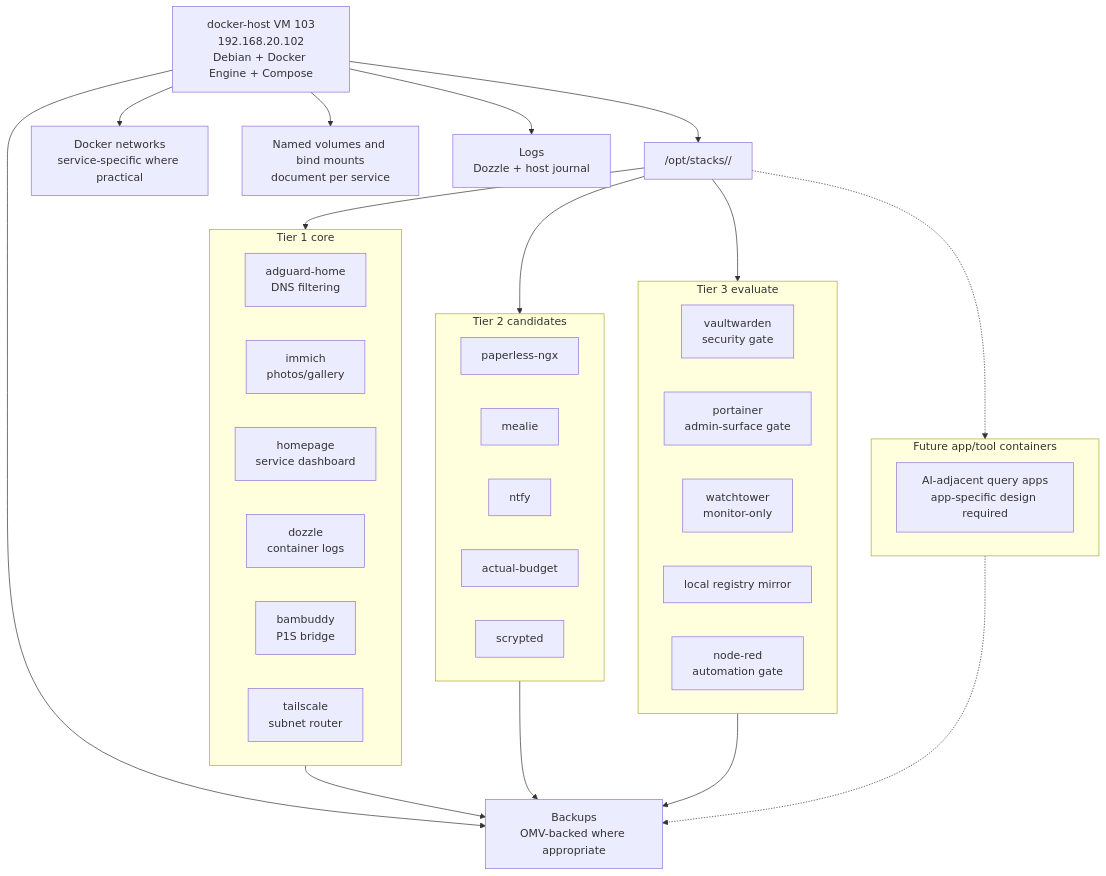
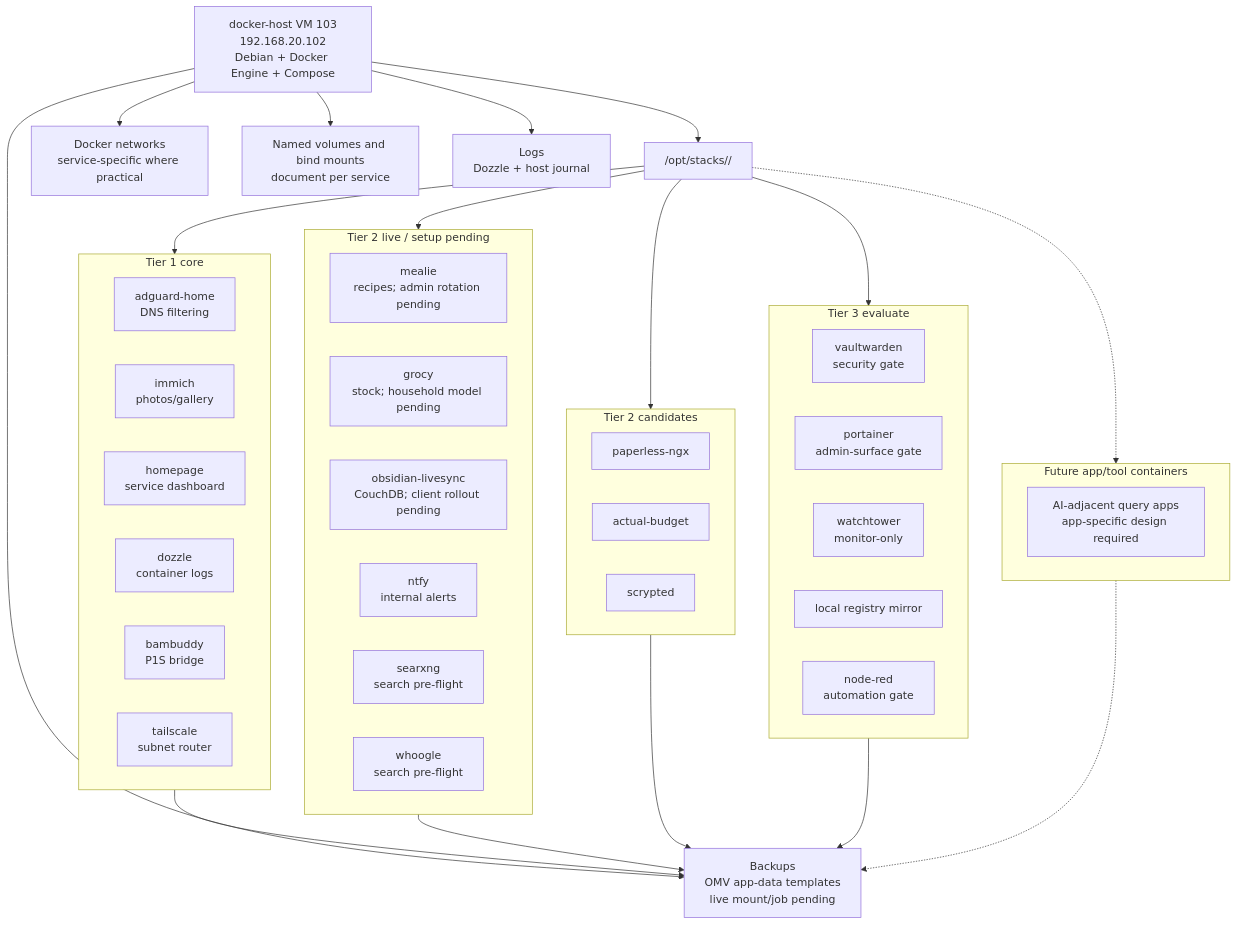
One commit to Nysplaidame/home-automation-project changed the diagram in main/docs/diagrams/infrastructure/docker-host-service-placement.mermaid. Above: the diagram before and after it, drawn with Mermaid. The commit also changed 52 other files, not shown here.

```diff
--- a/main/docs/diagrams/infrastructure/docker-host-service-placement.mermaid
+++ b/main/docs/diagrams/infrastructure/docker-host-service-placement.mermaid
@@ -1,51 +1,60 @@
 flowchart TB
     DockerHost["docker-host VM 103<br/>192.168.20.102<br/>Debian + Docker Engine + Compose"]
     Stacks["/opt/stacks/<service>/"]
     Network["Docker networks<br/>service-specific where practical"]
     Volumes["Named volumes and bind mounts<br/>document per service"]
-    Backups["Backups<br/>OMV-backed where appropriate"]
+    Backups["Backups<br/>OMV app-data templates<br/>live mount/job pending"]
     Logs["Logs<br/>Dozzle + host journal"]
 
     DockerHost --> Stacks
     DockerHost --> Network
     DockerHost --> Volumes
     DockerHost --> Backups
     DockerHost --> Logs
 
     subgraph Tier1["Tier 1 core"]
         AdGuard["adguard-home<br/>DNS filtering"]
         Immich["immich<br/>photos/gallery"]
         Homepage["homepage<br/>service dashboard"]
         Dozzle["dozzle<br/>container logs"]
         Bambuddy["bambuddy<br/>P1S bridge"]
         Tailscale["tailscale<br/>subnet router"]
     end
 
-    subgraph Tier2["Tier 2 candidates"]
+    subgraph Tier2Live["Tier 2 live / setup pending"]
+        Mealie["mealie<br/>recipes; admin rotation pending"]
+        Grocy["grocy<br/>stock; household model pending"]
+        LiveSync["obsidian-livesync<br/>CouchDB; client rollout pending"]
+        Ntfy["ntfy<br/>internal alerts"]
+        SearXNG["searxng<br/>search pre-flight"]
+        Whoogle["whoogle<br/>search pre-flight"]
+    end
+
+    subgraph Tier2Candidates["Tier 2 candidates"]
         Paperless["paperless-ngx"]
-        Mealie["mealie"]
-        Ntfy["ntfy"]
         Actual["actual-budget"]
         Scrypted["scrypted"]
     end
 
     subgraph Tier3["Tier 3 evaluate"]
         Vaultwarden["vaultwarden<br/>security gate"]
         Portainer["portainer<br/>admin-surface gate"]
         Watchtower["watchtower<br/>monitor-only"]
         Registry["local registry mirror"]
         NodeRED["node-red<br/>automation gate"]
     end
 
     subgraph Future["Future app/tool containers"]
         QueryApps["AI-adjacent query apps<br/>app-specific design required"]
     end
 
     Stacks --> Tier1
-    Stacks --> Tier2
+    Stacks --> Tier2Live
+    Stacks --> Tier2Candidates
     Stacks --> Tier3
     Stacks -.-> Future
     Tier1 --> Backups
-    Tier2 --> Backups
+    Tier2Live --> Backups
+    Tier2Candidates --> Backups
     Tier3 --> Backups
     Future -.-> Backups
```
